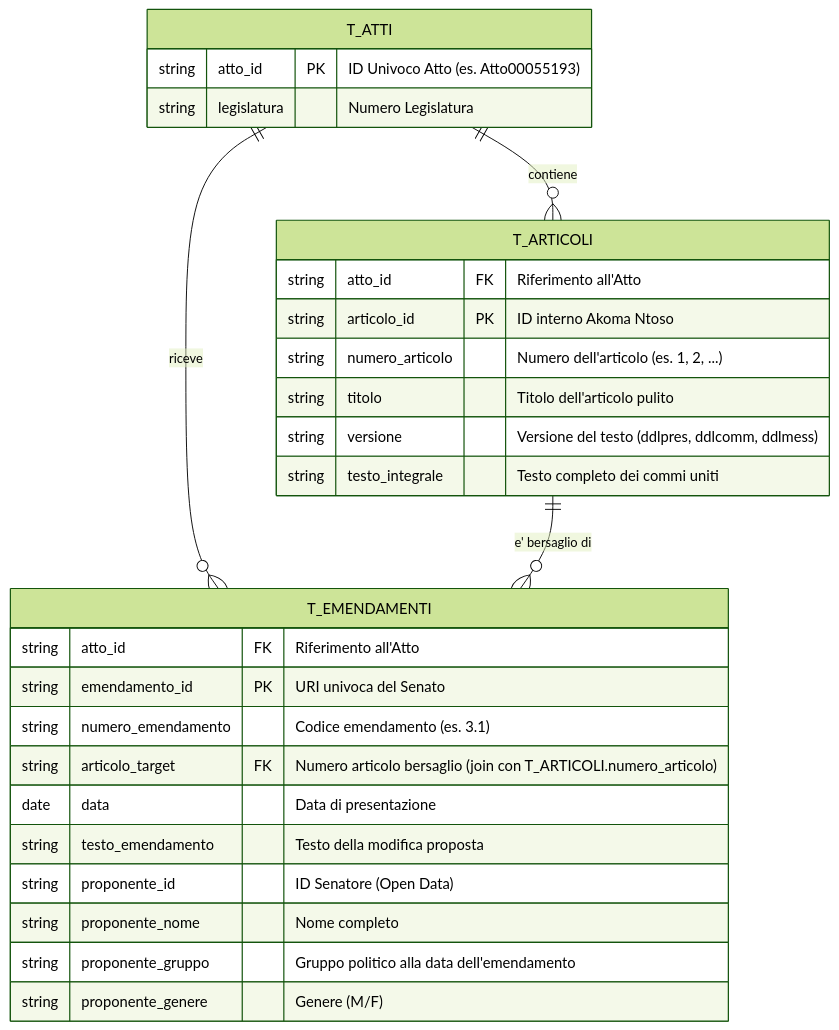
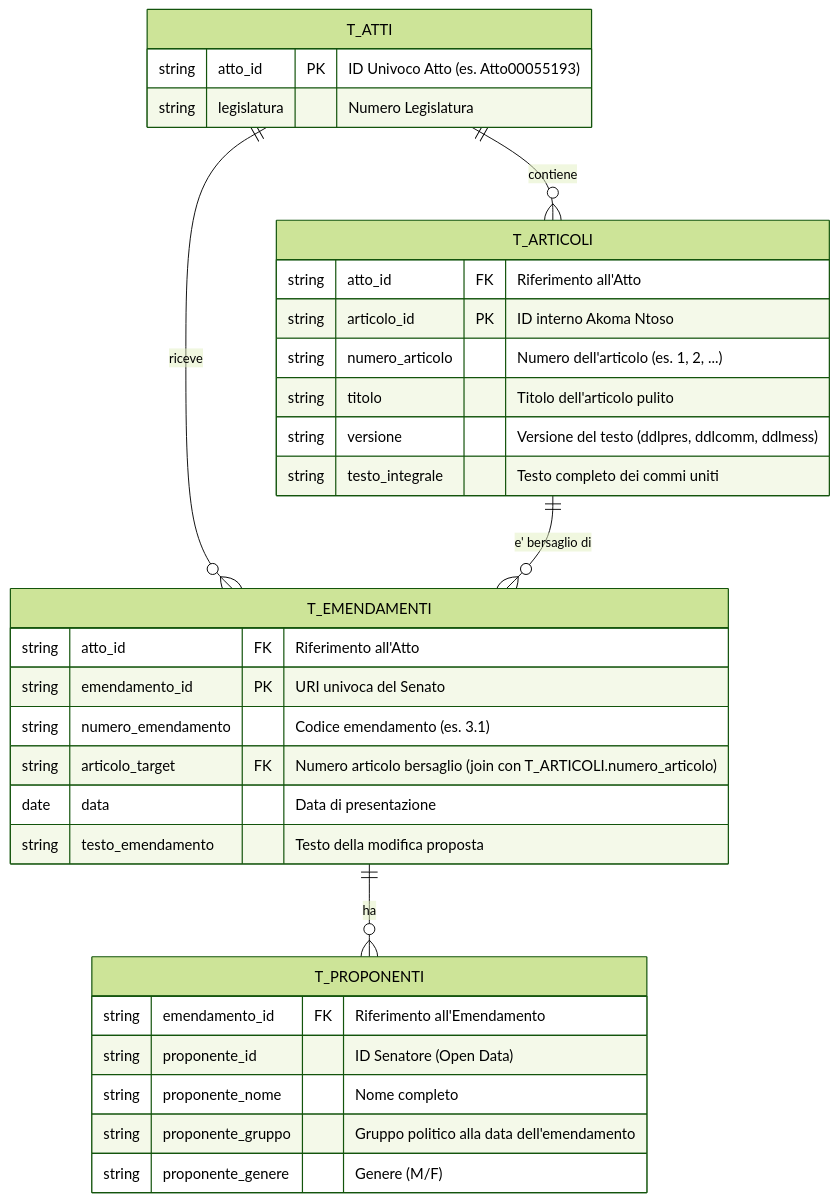
The diagram in README_DATASET.md (aborruso/iter-legis), drawn with Mermaid (forest theme) before and after one commit. The commit also changed other lines of this file and 3 other files, not shown here.

````diff
--- a/README_DATASET.md
+++ b/README_DATASET.md
@@ -9,33 +9,38 @@
 ```mermaid
 erDiagram
     T_ATTI ||--o{ T_ARTICOLI : "contiene"
     T_ATTI ||--o{ T_EMENDAMENTI : "riceve"
     T_ARTICOLI ||--o{ T_EMENDAMENTI : "e' bersaglio di"
+    T_EMENDAMENTI ||--o{ T_PROPONENTI : "ha"
 
     T_ATTI {
         string atto_id PK "ID Univoco Atto (es. Atto00055193)"
         string legislatura "Numero Legislatura"
     }
 
     T_ARTICOLI {
         string atto_id FK "Riferimento all'Atto"
         string articolo_id PK "ID interno Akoma Ntoso"
         string numero_articolo "Numero dell'articolo (es. 1, 2, ...)"
         string titolo "Titolo dell'articolo pulito"
         string versione "Versione del testo (ddlpres, ddlcomm, ddlmess)"
         string testo_integrale "Testo completo dei commi uniti"
     }
 
     T_EMENDAMENTI {
         string atto_id FK "Riferimento all'Atto"
         string emendamento_id PK "URI univoca del Senato"
         string numero_emendamento "Codice emendamento (es. 3.1)"
         string articolo_target FK "Numero articolo bersaglio (join con T_ARTICOLI.numero_articolo)"
         date data "Data di presentazione"
         string testo_emendamento "Testo della modifica proposta"
+    }
+
+    T_PROPONENTI {
+        string emendamento_id FK "Riferimento all'Emendamento"
         string proponente_id "ID Senatore (Open Data)"
         string proponente_nome "Nome completo"
         string proponente_gruppo "Gruppo politico alla data dell'emendamento"
         string proponente_genere "Genere (M/F)"
     }
 ```
````
